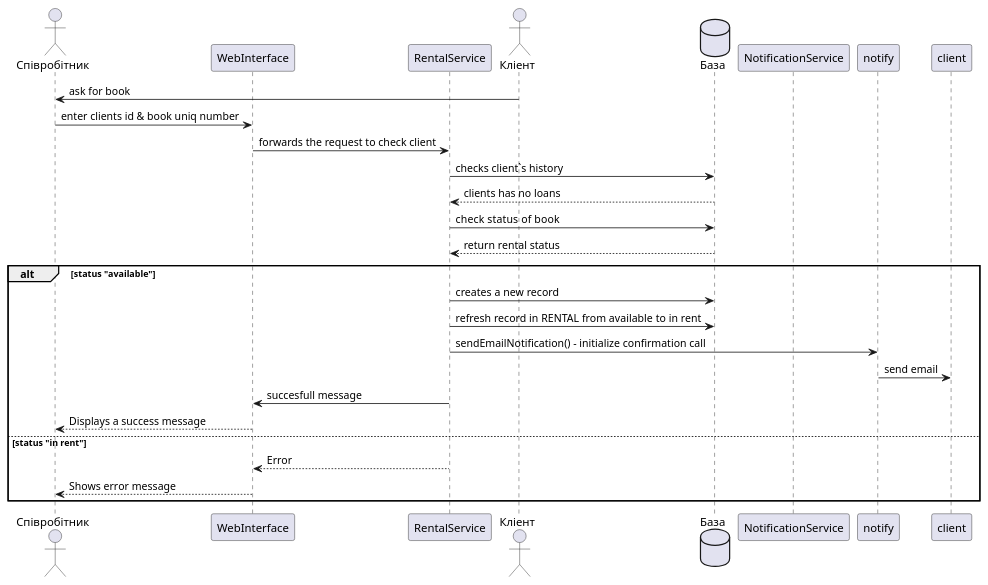
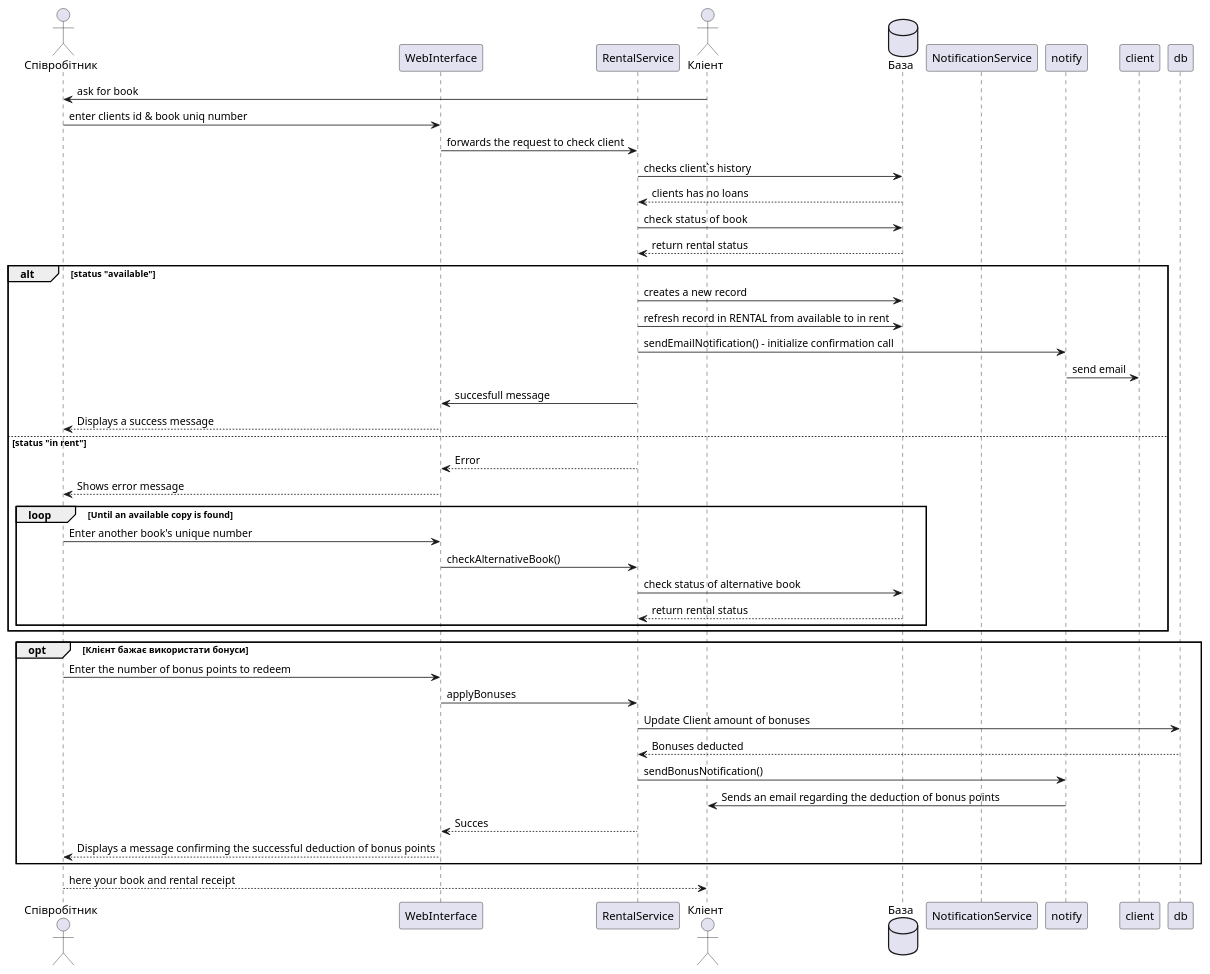
Before and after one commit to sofiakiosova37-boop/bookshop_kpi2: the first of 2 diagrams in task3/sequence.puml, drawn with PlantUML.

Commit message:
alt & loop in scenario 1-2 added

```diff
--- a/task3/sequence.puml
+++ b/task3/sequence.puml
@@ -2,29 +2,47 @@
 @startuml
 actor Співробітник as staff 
 participant WebInterface as ui
 participant RentalService as service
 actor Кліент as cus
 database База as DB
 participant NotificationService as notif
 
 cus -> staff: ask for book 
 staff -> ui: enter clients id & book uniq number
 ui -> service: forwards the request to check client
 service -> DB: checks client`s history 
 service <-- DB: clients has no loans
 service -> DB: check status of  book
 service <-- DB: return rental status 
 alt status "available"
     service -> DB: creates a new record
     service -> DB: refresh record in RENTAL from available to in rent
     service -> notify: sendEmailNotification() - initialize confirmation call
     notify -> client: send email
     ui <- service: succesfull message
     staff <-- ui: Displays a success message
 else status "in rent"
     ui <-- service: Error
     staff <-- ui: Shows errоr message 
+    loop Until an available copy is found
+        staff -> ui: Enter another book's unique number
+        ui -> service: checkAlternativeBook()
+        service -> DB: check status of alternative book
+        service <-- DB: return rental status
+    end loop
 end alt
 
+opt Клієнт бажає використати бонуси
+    staff -> ui: Enter the number of bonus points to redeem
+    ui -> service: applyBonuses
+    service -> db: Update Client amount of bonuses
+    service <-- db: Bonuses deducted
+    service -> notify: sendBonusNotification()
+    notify -> cus: Sends an email regarding the deduction of bonus points
+    ui <-- service: Succes
+    staff <-- ui: Displays a message confirming the successful deduction of bonus points
+end opt
+
+cus <-- staff: here your book and rental receipt
 
 @enduml
```
